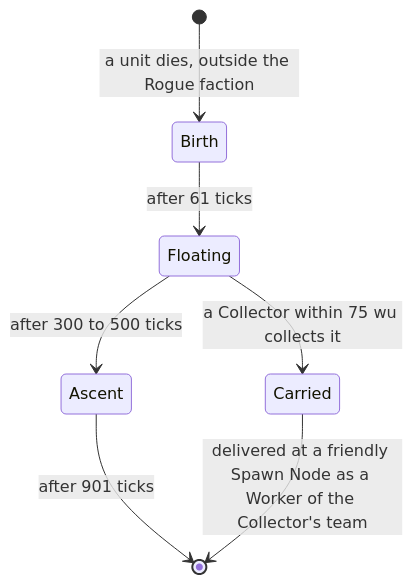
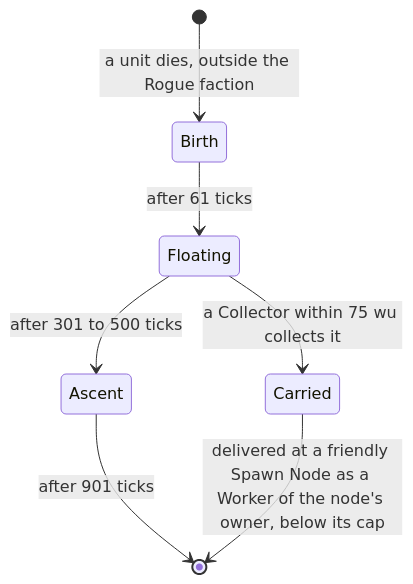
The third of 5 diagrams in design_next/reference/00_reference_overview.md (Zwaliebaba/Species.AI), drawn with Mermaid before and after one commit. The commit also changed other lines of this file and 27 other files, not shown here.

````diff
--- a/design_next/reference/00_reference_overview.md
+++ b/design_next/reference/00_reference_overview.md
@@ -491,9 +491,9 @@
 ```mermaid
 stateDiagram-v2
     [*] --> Birth: a unit dies, outside the Rogue faction
     Birth --> Floating: after 61 ticks
     Floating --> Carried: a Collector within 75 wu collects it
-    Floating --> Ascent: after 300 to 500 ticks
+    Floating --> Ascent: after 301 to 500 ticks
     Ascent --> [*]: after 901 ticks
-    Carried --> [*]: delivered at a friendly Spawn Node as a Worker of the Collector's team
+    Carried --> [*]: delivered at a friendly Spawn Node as a Worker of the node's owner, below its cap
 ```
````
